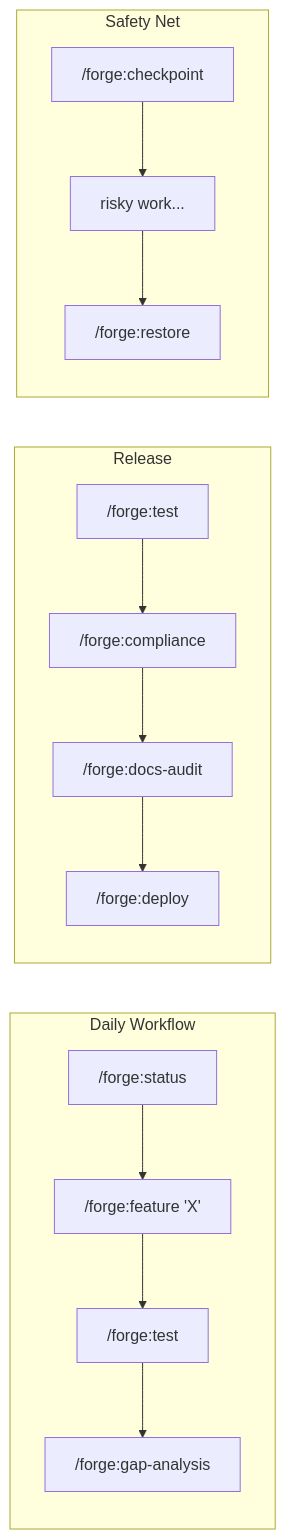
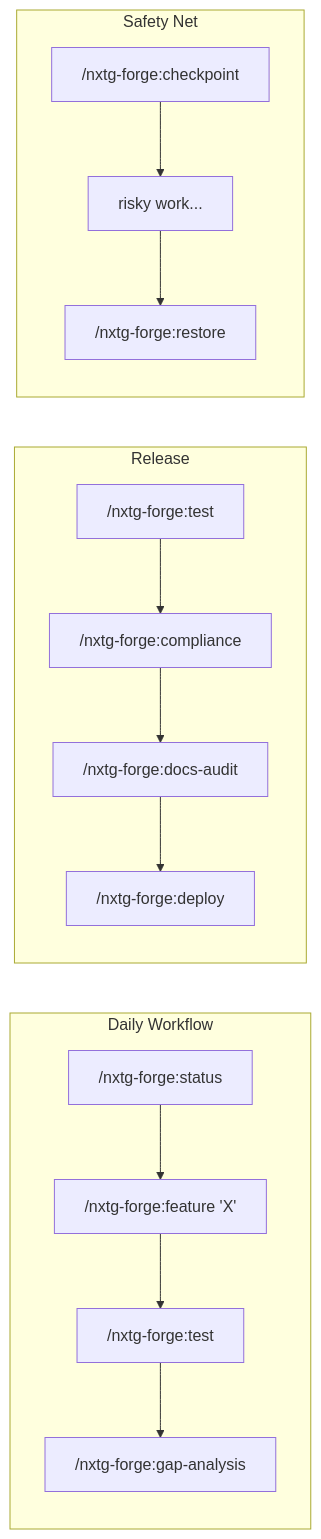
One commit to nxtg-ai/forge-plugin changed the diagram in docs/commands/README.md. Above: the diagram before and after it, drawn with Mermaid. The commit also changed other lines of this file and 93 other files, not shown here.

````diff
--- a/docs/commands/README.md
+++ b/docs/commands/README.md
@@ -13,17 +13,17 @@
 ```mermaid
 graph LR
     subgraph "Daily Workflow"
-        A["/forge:status"] --> B["/forge:feature 'X'"]
-        B --> C["/forge:test"]
-        C --> D["/forge:gap-analysis"]
+        A["/nxtg-forge:status"] --> B["/nxtg-forge:feature 'X'"]
+        B --> C["/nxtg-forge:test"]
+        C --> D["/nxtg-forge:gap-analysis"]
     end
     subgraph "Release"
-        E["/forge:test"] --> F["/forge:compliance"]
-        F --> G["/forge:docs-audit"]
-        G --> H["/forge:deploy"]
+        E["/nxtg-forge:test"] --> F["/nxtg-forge:compliance"]
+        F --> G["/nxtg-forge:docs-audit"]
+        G --> H["/nxtg-forge:deploy"]
     end
     subgraph "Safety Net"
-        I["/forge:checkpoint"] --> J["risky work..."]
-        J --> K["/forge:restore"]
+        I["/nxtg-forge:checkpoint"] --> J["risky work..."]
+        J --> K["/nxtg-forge:restore"]
     end
 ```
````
